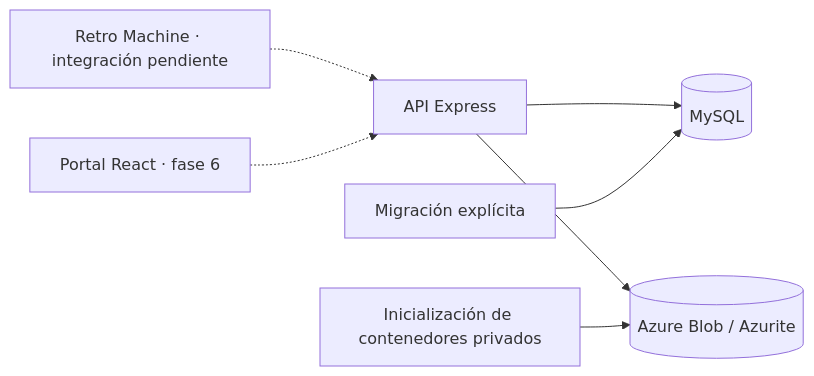
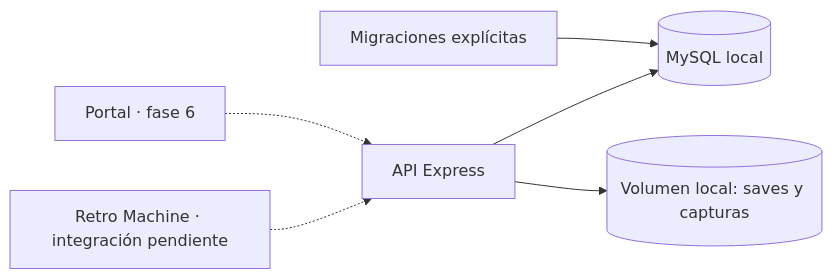
One commit to Jorodo2006/RetroCloud changed the diagram in docs/ARCHITECTURE.md. Above: the diagram before and after it, drawn with Mermaid. The commit also changed other lines of this file and 4 other files, not shown here.

````diff
--- a/docs/ARCHITECTURE.md
+++ b/docs/ARCHITECTURE.md
@@ -28,9 +23,8 @@
 ```mermaid
 flowchart LR
   RM["Retro Machine · integración pendiente"] -.-> API["API Express"]
-  WEB["Portal React · fase 6"] -.-> API
-  API --> DB[("MySQL")]
-  API --> BLOB[("Azure Blob / Azurite")]
-  MIG["Migración explícita"] --> DB
-  INIT["Inicialización de contenedores privados"] --> BLOB
+  WEB["Portal · fase 6"] -.-> API
+  API --> DB[("MySQL local")]
+  API --> FILES[("Volumen local: saves y capturas")]
+  MIG["Migraciones explícitas"] --> DB
 ```
````
